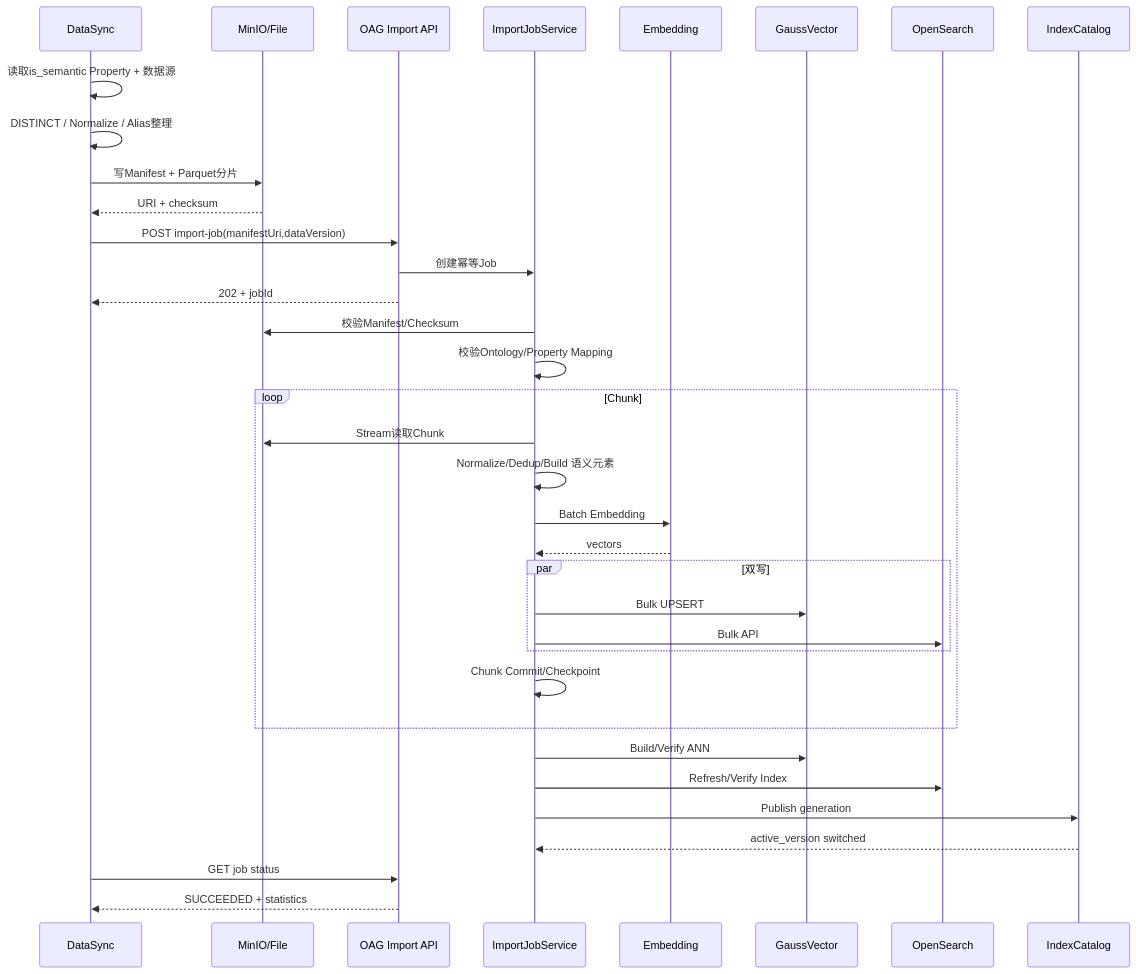
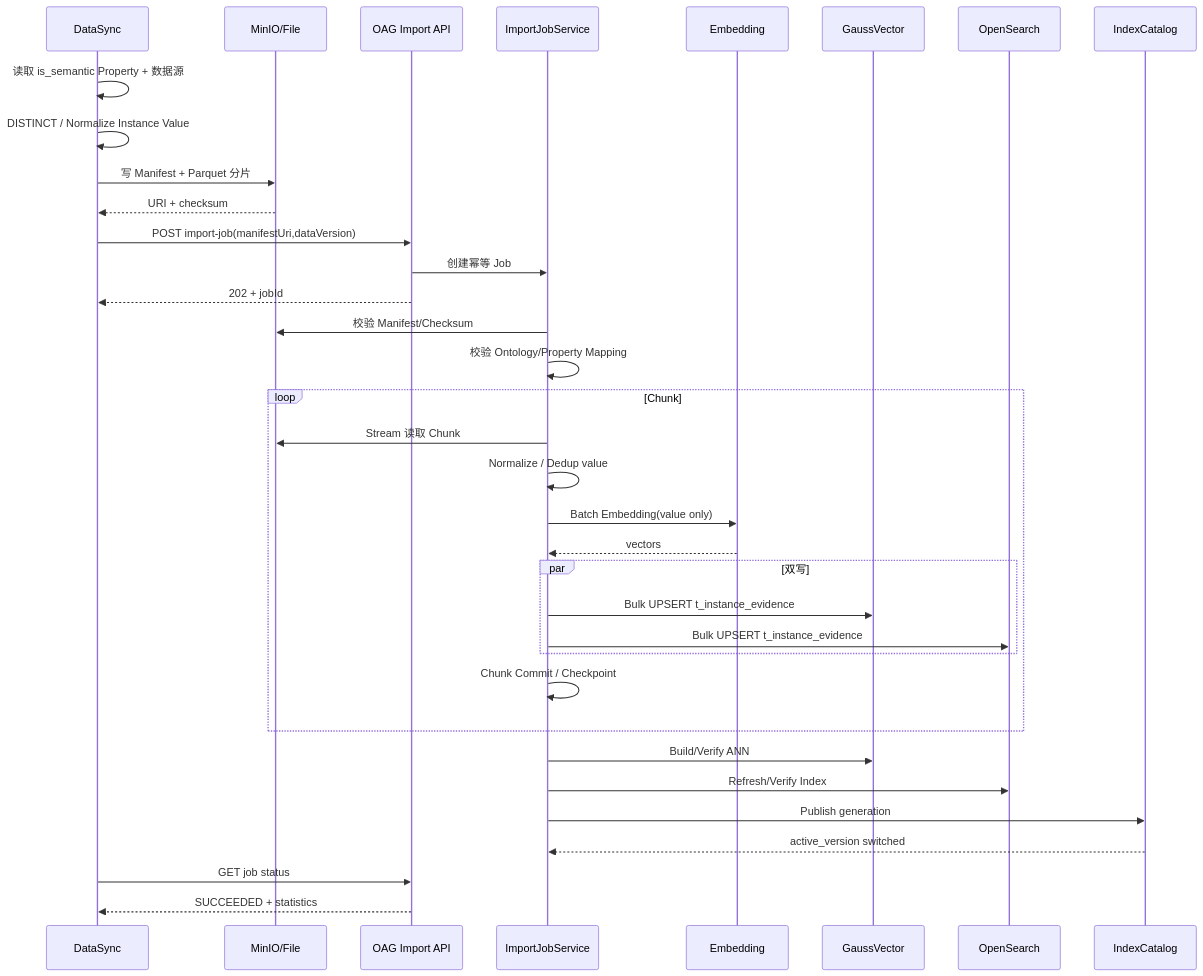
The fifth of 6 diagrams in docs/OAG本体锚点语义检索与向量索引设计方案.md (cfwl100/onology_dsl), drawn with Mermaid before and after one commit. The commit also changed other lines of this file, not shown here.

````diff
--- a/docs/OAG本体锚点语义检索与向量索引设计方案.md
+++ b/docs/OAG本体锚点语义检索与向量索引设计方案.md
@@ -2709,43 +2336,43 @@
 ```mermaid
 sequenceDiagram
     participant DS as DataSync
     participant M as MinIO/File
     participant API as OAG Import API
     participant J as ImportJobService
     participant E as Embedding
     participant GV as GaussVector
     participant OS as OpenSearch
     participant C as IndexCatalog
 
-    DS->>DS: 读取is_semantic Property + 数据源
-    DS->>DS: DISTINCT / Normalize / Alias整理
-    DS->>M: 写Manifest + Parquet分片
+    DS->>DS: 读取 is_semantic Property + 数据源
+    DS->>DS: DISTINCT / Normalize Instance Value
+    DS->>M: 写 Manifest + Parquet 分片
     M-->>DS: URI + checksum
 
     DS->>API: POST import-job(manifestUri,dataVersion)
-    API->>J: 创建幂等Job
+    API->>J: 创建幂等 Job
     API-->>DS: 202 + jobId
 
-    J->>M: 校验Manifest/Checksum
-    J->>J: 校验Ontology/Property Mapping
+    J->>M: 校验 Manifest/Checksum
+    J->>J: 校验 Ontology/Property Mapping
 
     loop Chunk
-        J->>M: Stream读取Chunk
-        J->>J: Normalize/Dedup/Build 语义元素
-        J->>E: Batch Embedding
+        J->>M: Stream 读取 Chunk
+        J->>J: Normalize / Dedup value
+        J->>E: Batch Embedding(value only)
         E-->>J: vectors
         par 双写
-            J->>GV: Bulk UPSERT
-            J->>OS: Bulk API
+            J->>GV: Bulk UPSERT t_instance_evidence
+            J->>OS: Bulk UPSERT t_instance_evidence
         end
-        J->>J: Chunk Commit/Checkpoint
+        J->>J: Chunk Commit / Checkpoint
     end
 
     J->>GV: Build/Verify ANN
     J->>OS: Refresh/Verify Index
     J->>C: Publish generation
     C-->>J: active_version switched
 
     DS->>API: GET job status
     API-->>DS: SUCCEEDED + statistics
 ```
````
